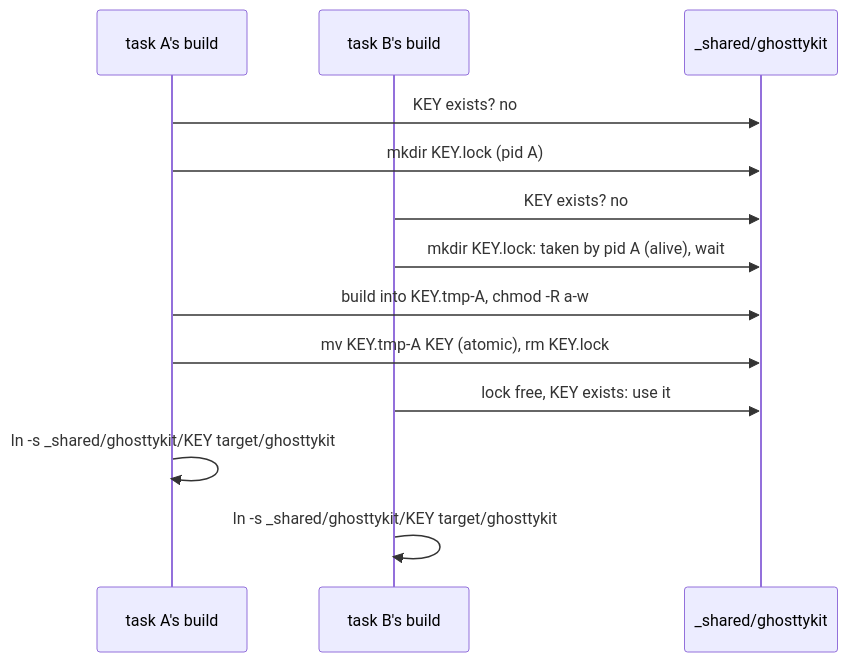
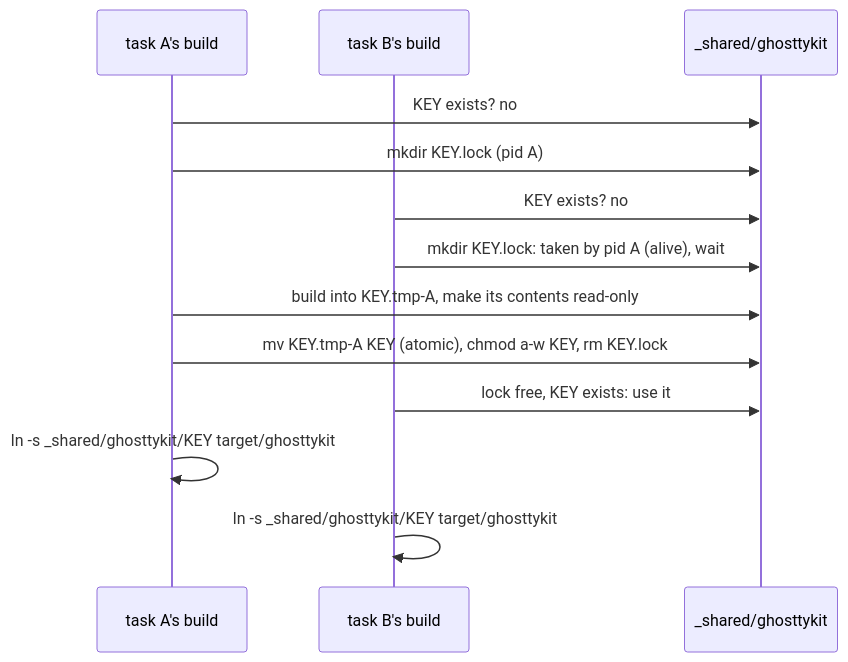
One commit to tampopogk/kanna changed the second of 4 diagrams in docs/specs/build-store.md. Above: the diagram before and after it, drawn with Mermaid. The commit also changed other lines of this file and 12 other files, not shown here.

Commit message:
Build store: seed a worktree's Rust dependencies from a store build of main's Cargo.lock

````diff
--- a/docs/specs/build-store.md
+++ b/docs/specs/build-store.md
@@ -69,15 +69,15 @@
 ```mermaid
 sequenceDiagram
     participant A as task A's build
     participant B as task B's build
     participant S as _shared/ghosttykit
     A->>S: KEY exists? no
     A->>S: mkdir KEY.lock (pid A)
     B->>S: KEY exists? no
     B->>S: mkdir KEY.lock: taken by pid A (alive), wait
-    A->>S: build into KEY.tmp-A, chmod -R a-w
-    A->>S: mv KEY.tmp-A KEY (atomic), rm KEY.lock
+    A->>S: build into KEY.tmp-A, make its contents read-only
+    A->>S: mv KEY.tmp-A KEY (atomic), chmod a-w KEY, rm KEY.lock
     B->>S: lock free, KEY exists: use it
     A->>A: ln -s _shared/ghosttykit/KEY target/ghosttykit
     B->>B: ln -s _shared/ghosttykit/KEY target/ghosttykit
 ```
````
